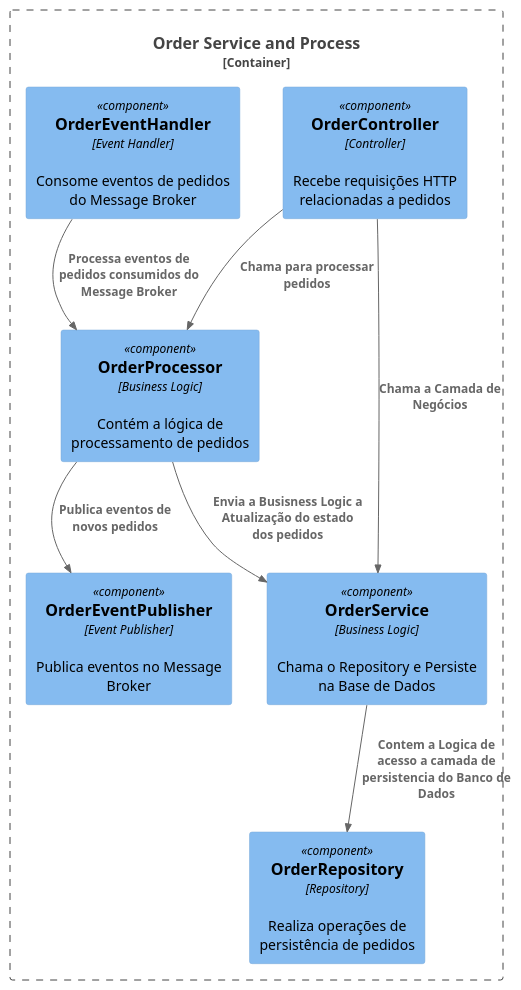
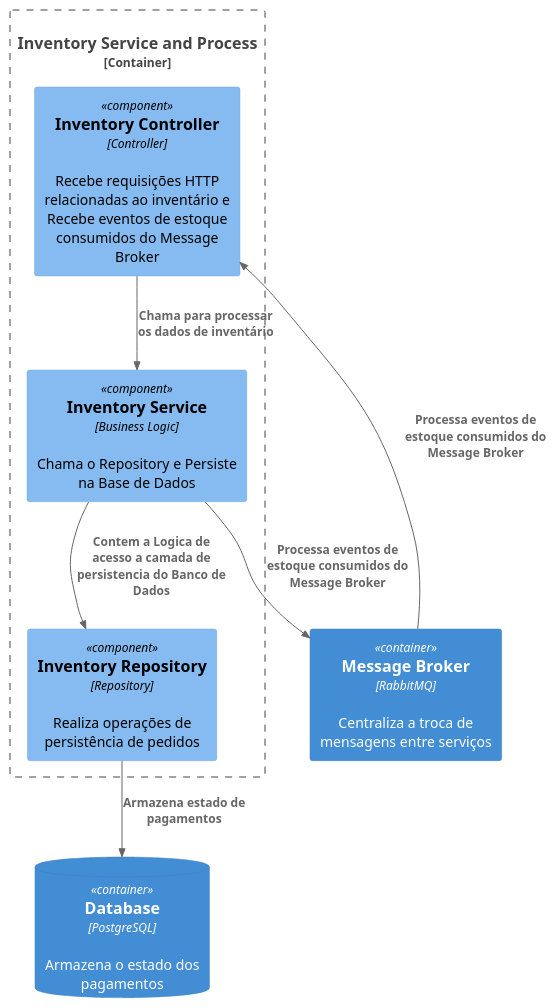
The diagram in n4-code-inventory.plantuml (jnerydesigner/Bemol), drawn with PlantUML before and after one commit. The commit also changed 58 other files, not shown here.

```diff
--- a/n4-code-inventory.plantuml
+++ b/n4-code-inventory.plantuml
@@ -1,21 +1,19 @@
 @startuml Code n4
 !include https://raw.githubusercontent.com/plantuml-stdlib/C4-PlantUML/master/C4_Component.puml
 
-Container_Boundary(orderServiceAndProcess, "Order Service and Process") {
-    Component(orderController, "OrderController", "Controller", "Recebe requisições HTTP relacionadas a pedidos")
-    Component(orderEventHandler, "OrderEventHandler", "Event Handler", "Consome eventos de pedidos do Message Broker")
-    Component(orderRepository, "OrderRepository", "Repository", "Realiza operações de persistência de pedidos")
-    Component(orderProcessor, "OrderProcessor", "Business Logic", "Contém a lógica de processamento de pedidos")
-    Component(orderEventPublisher, "OrderEventPublisher", "Event Publisher", "Publica eventos no Message Broker")
-    Component(orderService, "OrderService", "Business Logic", "Chama o Repository e Persiste na Base de Dados")
+Container_Boundary(inventoryServiceAndProcess, "Inventory Service and Process") {
+    Component(inventoryController, "Inventory Controller", "Controller", "Recebe requisições HTTP relacionadas ao inventário e Recebe eventos de estoque consumidos do Message Broker")  
+    Component(inventoryRepository, "Inventory Repository", "Repository", "Realiza operações de persistência de pedidos")
+    Component(inventoryService, "Inventory Service", "Business Logic", "Chama o Repository e Persiste na Base de Dados")
 }
 
+ Container(broker, "Message Broker", "RabbitMQ", "Centraliza a troca de mensagens entre serviços")
+ContainerDb(database, "Database", "PostgreSQL", "Armazena o estado dos pagamentos")
 
-Rel(orderController, orderProcessor, "Chama para processar pedidos")
-Rel(orderProcessor, orderService, "Envia a Busisness Logic a Atualização do estado dos pedidos")
-Rel(orderProcessor, orderEventPublisher, "Publica eventos de novos pedidos")
-Rel(orderEventHandler, orderProcessor, "Processa eventos de pedidos consumidos do Message Broker")
-Rel(orderController, orderService, "Chama a Camada de Negócios")
-Rel(orderService, orderRepository, "Contem a Logica de acesso a camada de persistencia do Banco de Dados")
+Rel(broker, inventoryController, "Processa eventos de estoque consumidos do Message Broker")
+Rel(inventoryController, inventoryService, "Chama para processar os dados de inventário")
+Rel(inventoryService, inventoryRepository, "Contem a Logica de acesso a camada de persistencia do Banco de Dados")
+Rel(inventoryService, broker, "Processa eventos de estoque consumidos do Message Broker")
+Rel(inventoryRepository, database, "Armazena estado de pagamentos")
 
 @enduml
```
